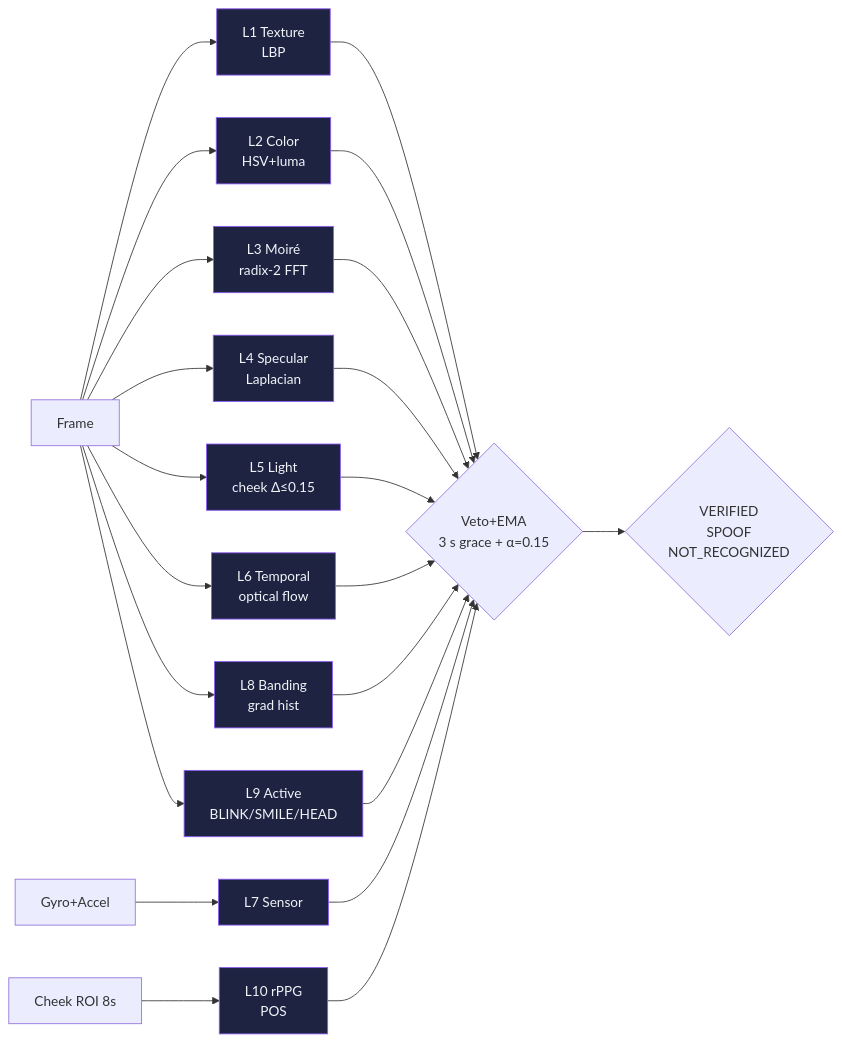
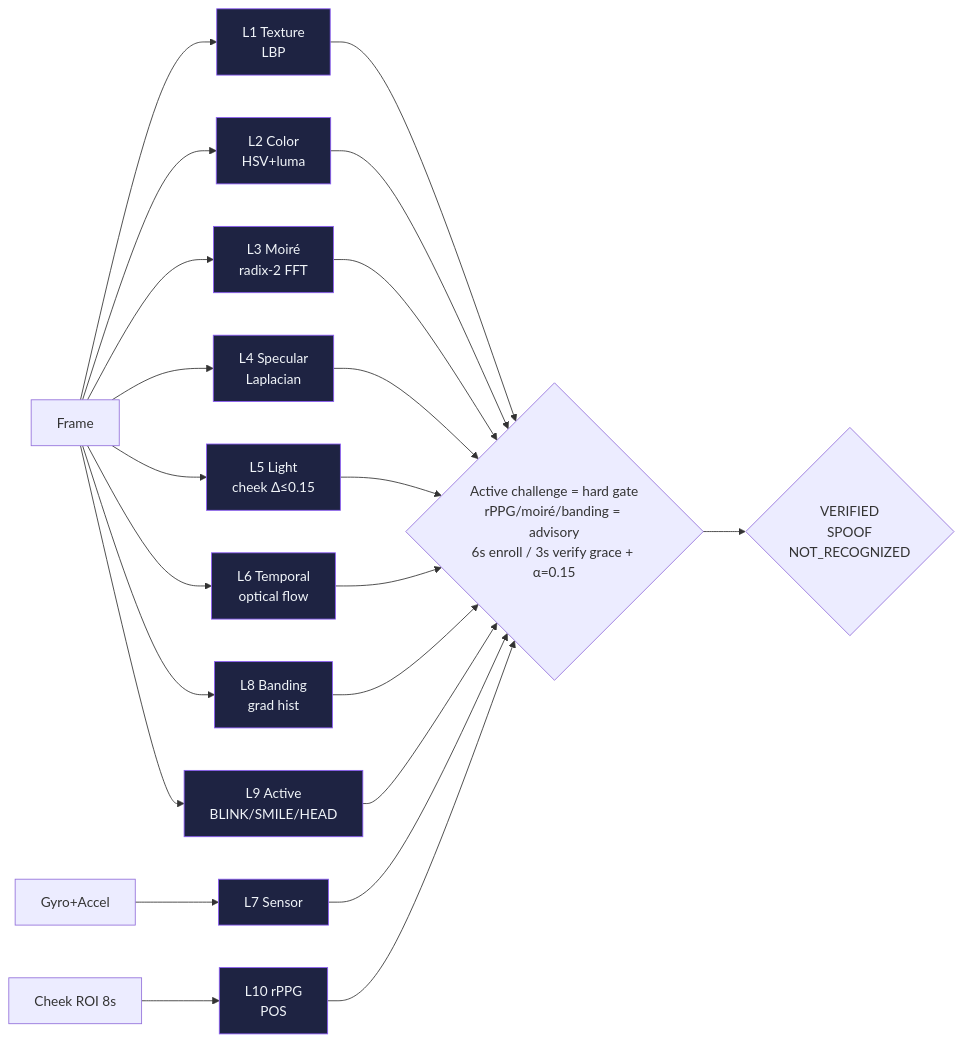
One commit to krsnaSuraj/NetraEdge changed the first of 2 diagrams in README.md. Above: the diagram before and after it, drawn with Mermaid. The commit also changed other lines of this file and 8 other files, not shown here.

````diff
--- a/README.md
+++ b/README.md
@@ -53,25 +53,25 @@
 ```mermaid
 flowchart LR
     F[Frame] --> L1[L1 Texture<br/>LBP]:::alg
     F --> L2[L2 Color<br/>HSV+luma]:::alg
     F --> L3[L3 Moiré<br/>radix-2 FFT]:::alg
     F --> L4[L4 Specular<br/>Laplacian]:::alg
     F --> L5[L5 Light<br/>cheek Δ≤0.15]:::alg
     F --> L6[L6 Temporal<br/>optical flow]:::alg
     S[Gyro+Accel] --> L7[L7 Sensor]:::alg
     F --> L8[L8 Banding<br/>grad hist]:::alg
     F --> L9[L9 Active<br/>BLINK/SMILE/HEAD]:::alg
     ROI[Cheek ROI 8s] --> L10[L10 rPPG<br/>POS]:::alg
     L1 --> FUS
     L2 --> FUS
     L3 --> FUS
     L4 --> FUS
     L5 --> FUS
     L6 --> FUS
     L7 --> FUS
     L8 --> FUS
-    L9 --> FUS{Veto+EMA<br/>3 s grace + α=0.15}
+    L9 --> FUS{Active challenge = hard gate<br/>rPPG/moiré/banding = advisory<br/>6s enroll / 3s verify grace + α=0.15}
     L10 --> FUS
     FUS --> D{VERIFIED<br/>SPOOF<br/>NOT_RECOGNIZED}
     classDef alg fill:#1E2342,stroke:#8B5CF6,color:#F1F5F9,stroke-width:1px;
 ```
````
